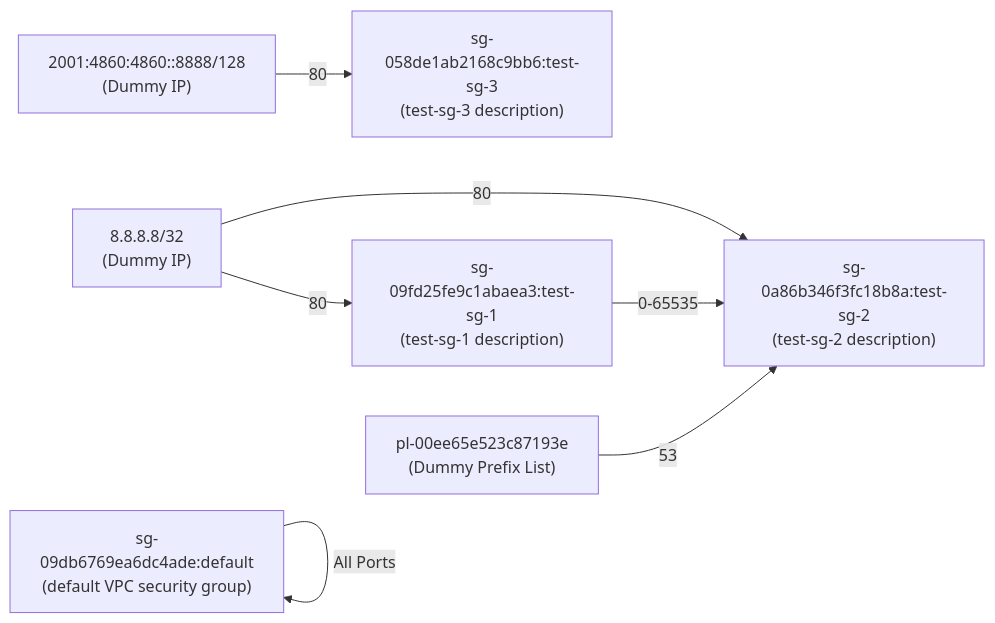
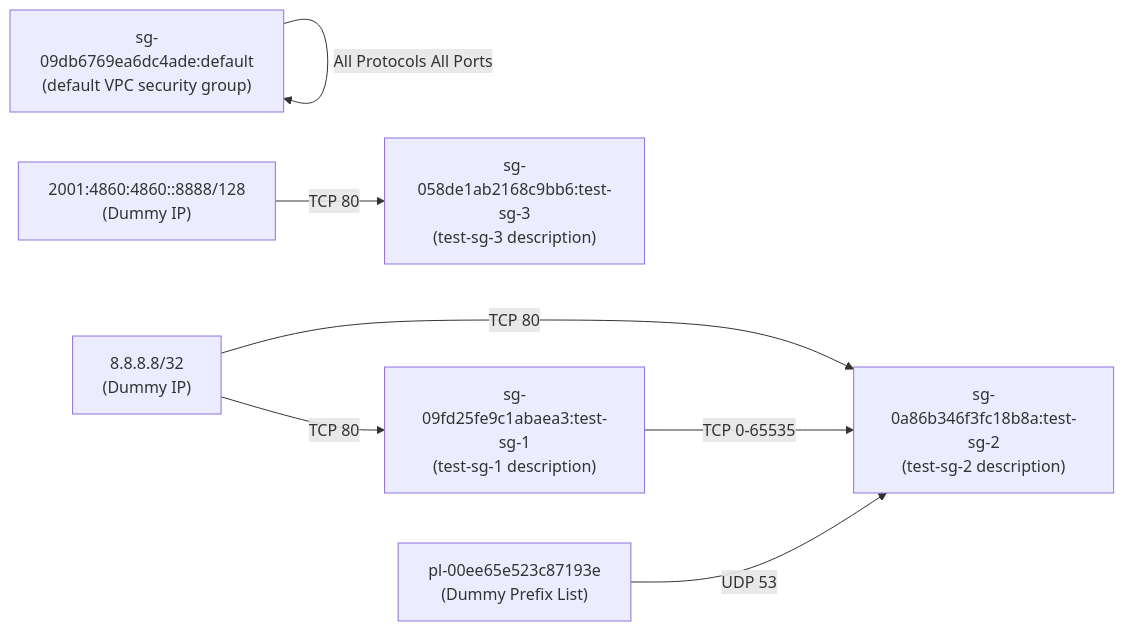
The diagram in output.md (nag0yan/sgviz), drawn with Mermaid before and after one commit. The commit also changed 3 other files, not shown here.

````diff
--- a/output.md
+++ b/output.md
@@ -1,23 +1,23 @@
 ```mermaid
 flowchart LR
-	8.8.8.8/32["8.8.8.8/32
-(Dummy IP)"]
-	sg-058de1ab2168c9bb6["sg-058de1ab2168c9bb6:test-sg-3
-(test-sg-3 description)"]
-	2001:4860:4860::8888/128["2001:4860:4860::8888/128
-(Dummy IP)"]
 	sg-0a86b346f3fc18b8a["sg-0a86b346f3fc18b8a:test-sg-2
 (test-sg-2 description)"]
 	pl-00ee65e523c87193e["pl-00ee65e523c87193e
 (Dummy Prefix List)"]
 	sg-09db6769ea6dc4ade["sg-09db6769ea6dc4ade:default
 (default VPC security group)"]
 	sg-09fd25fe9c1abaea3["sg-09fd25fe9c1abaea3:test-sg-1
 (test-sg-1 description)"]
-	8.8.8.8/32-->|"80"|sg-09fd25fe9c1abaea3
-	2001:4860:4860::8888/128-->|"80"|sg-058de1ab2168c9bb6
-	8.8.8.8/32-->|"80"|sg-0a86b346f3fc18b8a
-	sg-09fd25fe9c1abaea3-->|"0-65535"|sg-0a86b346f3fc18b8a
-	pl-00ee65e523c87193e-->|"53"|sg-0a86b346f3fc18b8a
-	sg-09db6769ea6dc4ade-->|"All Ports"|sg-09db6769ea6dc4ade
+	8.8.8.8/32["8.8.8.8/32
+(Dummy IP)"]
+	sg-058de1ab2168c9bb6["sg-058de1ab2168c9bb6:test-sg-3
+(test-sg-3 description)"]
+	2001:4860:4860::8888/128["2001:4860:4860::8888/128
+(Dummy IP)"]
+	8.8.8.8/32-->|"TCP 80"|sg-09fd25fe9c1abaea3
+	2001:4860:4860::8888/128-->|"TCP 80"|sg-058de1ab2168c9bb6
+	8.8.8.8/32-->|"TCP 80"|sg-0a86b346f3fc18b8a
+	sg-09fd25fe9c1abaea3-->|"TCP 0-65535"|sg-0a86b346f3fc18b8a
+	pl-00ee65e523c87193e-->|"UDP 53"|sg-0a86b346f3fc18b8a
+	sg-09db6769ea6dc4ade-->|"All Protocols All Ports"|sg-09db6769ea6dc4ade
 ```
````
